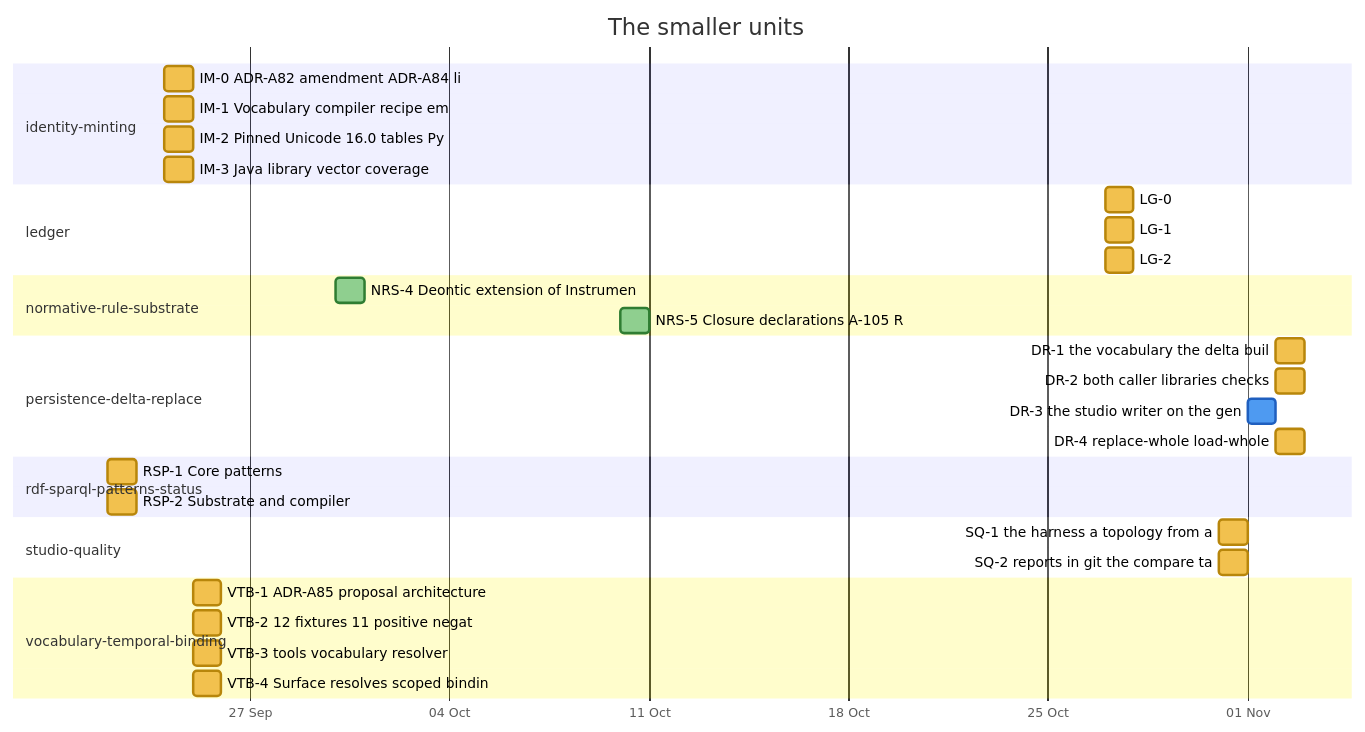
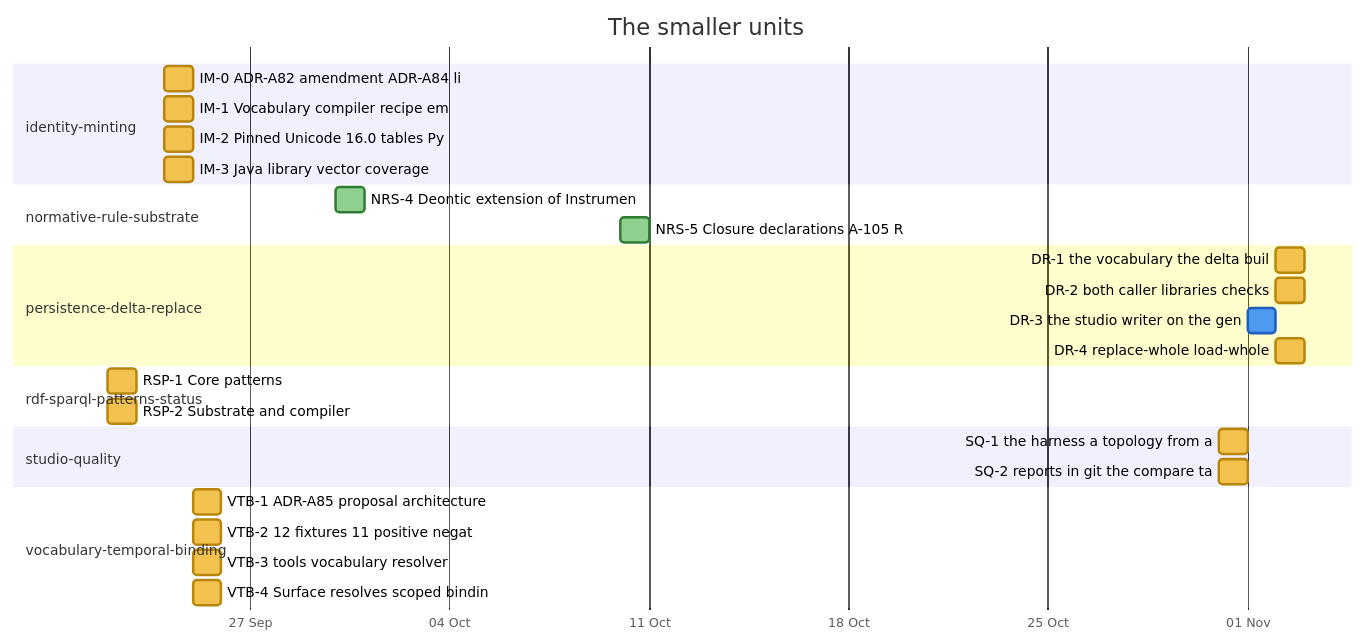
Diagram 16 of 25 in docs/developer/ROADMAP.md (nebularis/lattice), drawn with Mermaid before and after one commit. The commit also changed other lines of this file and 6 other files, not shown here.

````diff
--- a/docs/developer/ROADMAP.md
+++ b/docs/developer/ROADMAP.md
@@ -470,35 +455,31 @@
 ```mermaid
 %%{init: {"themeVariables": {"taskBkgColor": "#f2c14e", "taskBorderColor": "#b8860b", "taskTextColor": "#000000", "activeTaskBkgColor": "#4e9af1", "activeTaskBorderColor": "#1f5fbf", "activeTaskBorderColor": "#1f5fbf", "doneTaskBkgColor": "#8fcf8f", "doneTaskBorderColor": "#2f7d32", "critBkgColor": "#f28b82", "critBorderColor": "#b23a30", "taskTextDarkColor": "#000000", "taskTextLightColor": "#000000"}}}%%
 gantt
     title The smaller units
     dateFormat YYYY-MM-DD
     axisFormat %d %b
     section identity-minting
     IM-0 ADR-A82 amendment ADR-A84 li :im0, 2026-09-24, 2026-09-25
     IM-1 Vocabulary compiler recipe em :im1, 2026-09-24, 2026-09-25
     IM-2 Pinned Unicode 16.0 tables Py :im2, 2026-09-24, 2026-09-25
     IM-3 Java library vector coverage :im3, 2026-09-24, 2026-09-25
-    section ledger
-    LG-0 :lg0, 2026-10-27, 2026-10-28
-    LG-1 :lg1, 2026-10-27, 2026-10-28
-    LG-2 :lg2, 2026-10-27, 2026-10-28
     section normative-rule-substrate
     NRS-4 Deontic extension of Instrumen :done, nrs4, 2026-09-30, 2026-10-01
     NRS-5 Closure declarations A-105 R :done, nrs5, 2026-10-10, 2026-10-11
     section persistence-delta-replace
     DR-1 the vocabulary the delta buil :dr1, 2026-11-02, 2026-11-03
     DR-2 both caller libraries checks :dr2, 2026-11-02, 2026-11-03
     DR-3 the studio writer on the gen :active, dr3, 2026-11-01, 2026-11-02
     DR-4 replace-whole load-whole :dr4, 2026-11-02, 2026-11-03
     section rdf-sparql-patterns-status
     RSP-1 Core patterns :rsp1, 2026-09-22, 2026-09-23
     RSP-2 Substrate and compiler :rsp2, 2026-09-22, 2026-09-23
     section studio-quality
     SQ-1 the harness a topology from a :sq1, 2026-10-31, 2026-11-01
     SQ-2 reports in git the compare ta :sq2, 2026-10-31, 2026-11-01
     section vocabulary-temporal-binding
     VTB-1 ADR-A85 proposal architecture :vtb1, 2026-09-25, 2026-09-26
     VTB-2 12 fixtures 11 positive negat :vtb2, 2026-09-25, 2026-09-26
     VTB-3 tools vocabulary resolver :vtb3, 2026-09-25, 2026-09-26
     VTB-4 Surface resolves scoped bindin :vtb4, 2026-09-25, 2026-09-26
 ```
````
